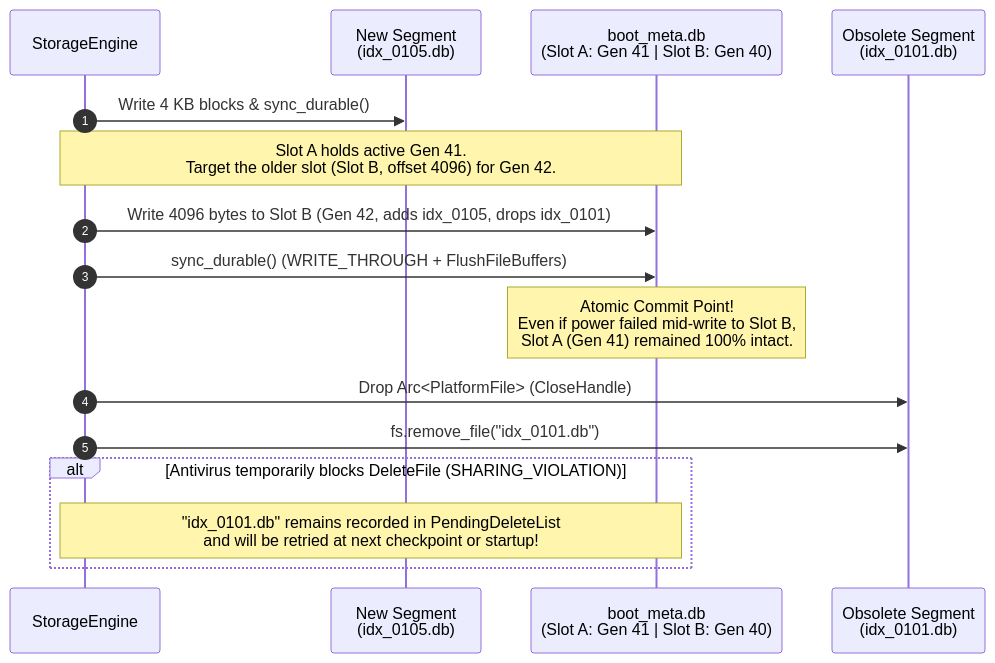
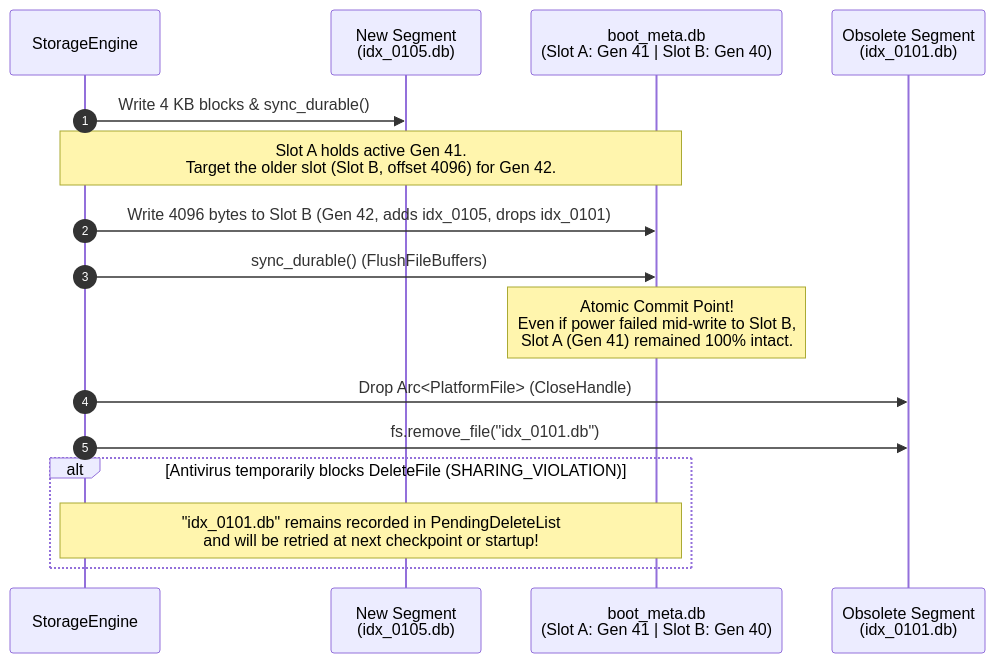
Before and after one commit to toyoshim-i/aydb: the first of 2 diagrams in docs/phase1/02_BOOT_META_AND_GC.md, drawn with Mermaid. The commit also changed other lines of this file and 7 other files, not shown here.

First line of the commit message:
docs: consolidate the design notes into ARCHITECTURE

````diff
--- a/docs/phase1/02_BOOT_META_AND_GC.md
+++ b/docs/phase1/02_BOOT_META_AND_GC.md
@@ -26,19 +26,19 @@
 ```mermaid
 sequenceDiagram
     autonumber
     participant Eng as StorageEngine
     participant Seg as New Segment<br/>(idx_0105.db)
     participant Meta as boot_meta.db<br/>(Slot A: Gen 41 | Slot B: Gen 40)
     participant Old as Obsolete Segment<br/>(idx_0101.db)
 
     Eng->>Seg: Write 4 KB blocks & sync_durable()
     Note over Eng,Meta: Slot A holds active Gen 41.<br/>Target the older slot (Slot B, offset 4096) for Gen 42.
     Eng->>Meta: Write 4096 bytes to Slot B (Gen 42, adds idx_0105, drops idx_0101)
-    Eng->>Meta: sync_durable() (WRITE_THROUGH + FlushFileBuffers)
+    Eng->>Meta: sync_durable() (FlushFileBuffers)
     Note over Meta: Atomic Commit Point!<br/>Even if power failed mid-write to Slot B,<br/>Slot A (Gen 41) remained 100% intact.
     Eng->>Old: Drop Arc<PlatformFile> (CloseHandle)
     Eng->>Old: fs.remove_file("idx_0101.db")
     alt Antivirus temporarily blocks DeleteFile (SHARING_VIOLATION)
         Note over Eng,Meta: "idx_0101.db" remains recorded in PendingDeleteList<br/>and will be retried at next checkpoint or startup!
     end
 ```
````
